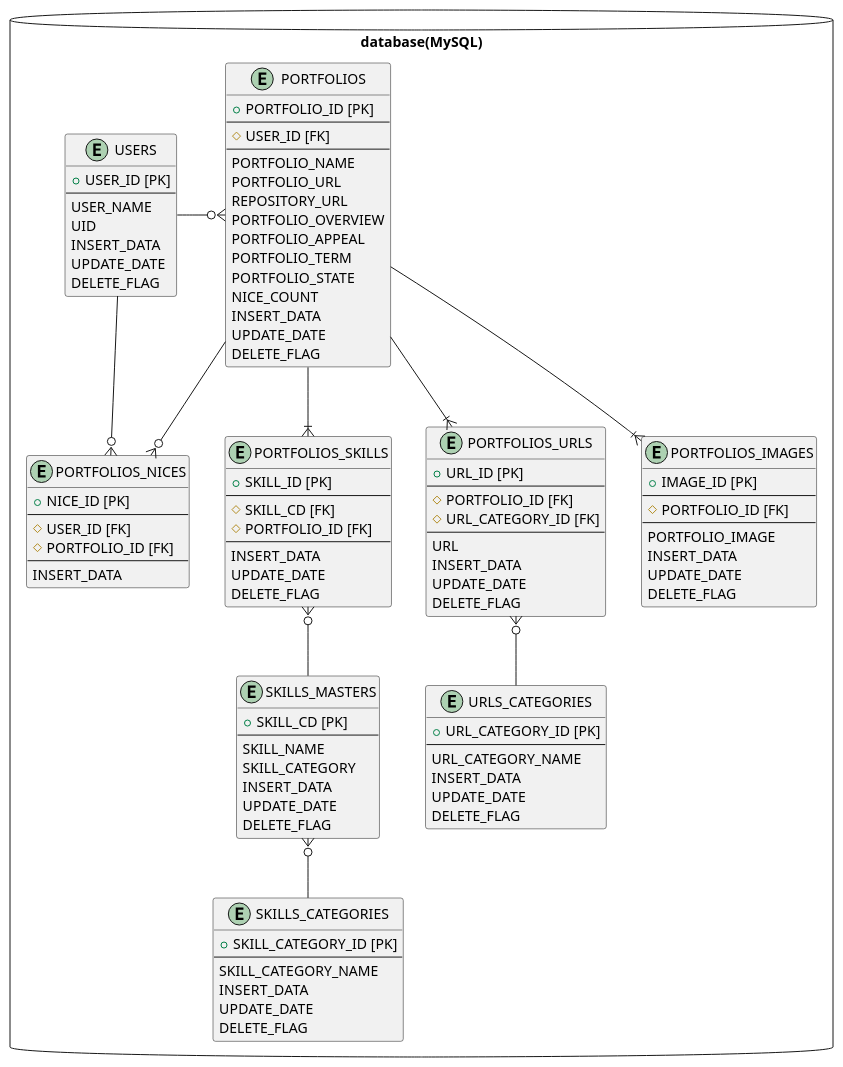
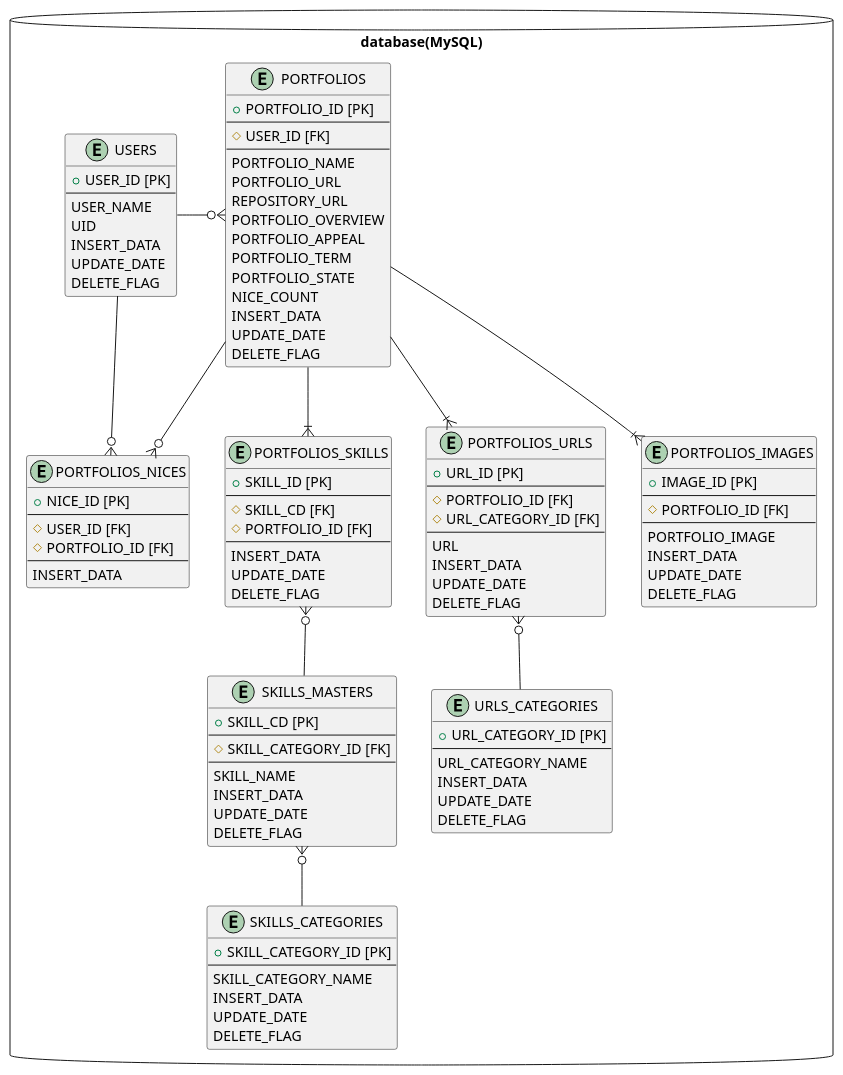
The diagram in doc/diagrams/EntityRelationship.pu (haruto830/pflist-backend), drawn with PlantUML before and after one commit. The commit also changed 1 other file, not shown here.

Commit message:
fix diagrams

```diff
--- a/doc/diagrams/EntityRelationship.pu
+++ b/doc/diagrams/EntityRelationship.pu
@@ -1,114 +1,115 @@
 @startuml EntityRelationship
 
 package "database(MySQL)" as target_system <<Database>> {
 
     entity "USERS" as users {
         + USER_ID [PK]
         --
         USER_NAME
         UID
         INSERT_DATA
         UPDATE_DATE
         DELETE_FLAG
        }
 
     entity "PORTFOLIOS" as portfolios {
         + PORTFOLIO_ID [PK]
         --
         # USER_ID [FK]
         --
         PORTFOLIO_NAME
         PORTFOLIO_URL
         REPOSITORY_URL
         PORTFOLIO_OVERVIEW
         PORTFOLIO_APPEAL
         PORTFOLIO_TERM
         PORTFOLIO_STATE
         NICE_COUNT
         INSERT_DATA
         UPDATE_DATE
         DELETE_FLAG
     }
 
     entity "PORTFOLIOS_IMAGES" as portfolios_images {
         + IMAGE_ID [PK]
         --
         # PORTFOLIO_ID [FK]
         --
         PORTFOLIO_IMAGE
         INSERT_DATA
         UPDATE_DATE
         DELETE_FLAG
     }
 
     entity "PORTFOLIOS_SKILLS" as portfolios_skills {
         + SKILL_ID [PK]
         --
         # SKILL_CD [FK]
         # PORTFOLIO_ID [FK]
         --
         INSERT_DATA
         UPDATE_DATE
         DELETE_FLAG
     }
 
     entity "SKILLS_MASTERS" as skills_masters {
         + SKILL_CD [PK]
         --
+        # SKILL_CATEGORY_ID [FK]
+        --
         SKILL_NAME
-        SKILL_CATEGORY
         INSERT_DATA
         UPDATE_DATE
         DELETE_FLAG
     }
 
     entity "SKILLS_CATEGORIES" as skills_categories {
         + SKILL_CATEGORY_ID [PK]
         --
         SKILL_CATEGORY_NAME
         INSERT_DATA
         UPDATE_DATE
         DELETE_FLAG
     }
 
    entity "PORTFOLIOS_NICES" as portfolios_nices {
         + NICE_ID [PK]
         --
         # USER_ID [FK]
         # PORTFOLIO_ID [FK]
         --
         INSERT_DATA 
     }
 
         entity "PORTFOLIOS_URLS" as portfolios_urls {
         + URL_ID [PK]
         --
         # PORTFOLIO_ID [FK]
         # URL_CATEGORY_ID [FK]
         --
         URL
         INSERT_DATA
         UPDATE_DATE
         DELETE_FLAG
     }
 
     entity "URLS_CATEGORIES" as urls_categories {
         + URL_CATEGORY_ID [PK]
         --
         URL_CATEGORY_NAME
         INSERT_DATA
         UPDATE_DATE
         DELETE_FLAG
 }
 
 users --right--o{ portfolios
 users -down-o{ portfolios_nices
 portfolios --o{ portfolios_nices
 portfolios -down-|{ portfolios_images
 portfolios -down-|{ portfolios_skills
 portfolios_skills }o-down- skills_masters
 skills_masters }o-down- skills_categories
 portfolios --|{ portfolios_urls
 portfolios_urls }o-down- urls_categories
 
 @enduml
```
